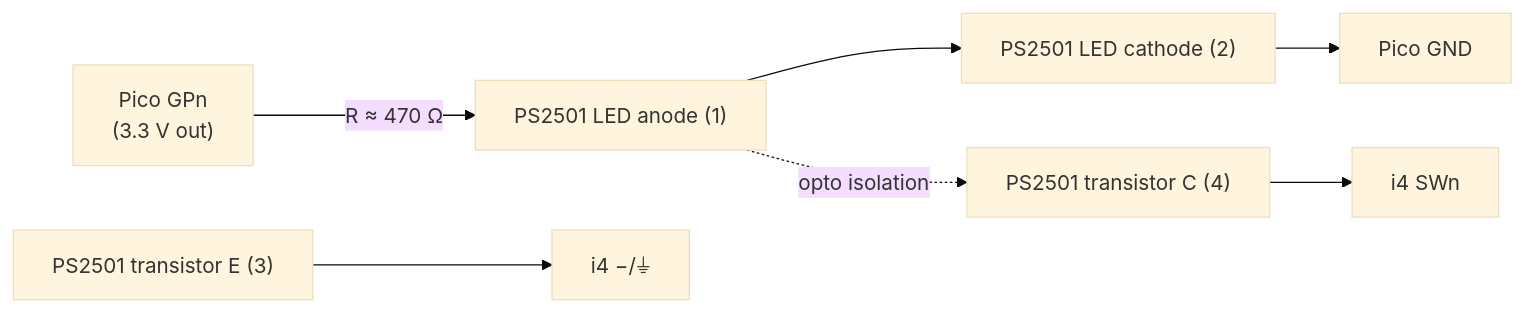
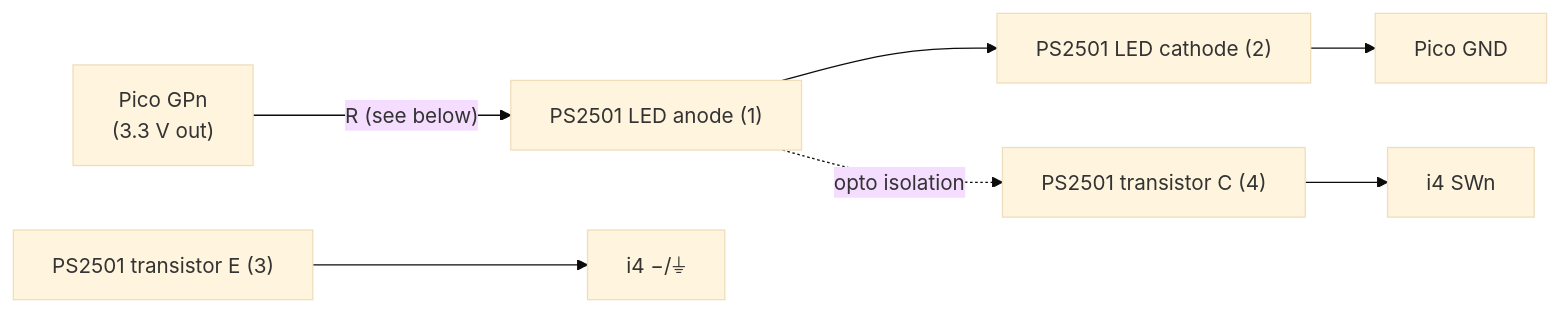
The first of 2 diagrams in docs/spec/12-test-rig-and-wiring.md (Laffs2k5/shelly-ecostar-garage-opener), drawn with Mermaid (base theme) before and after one commit. The commit also changed other lines of this file and 1 other file, not shown here.

First line of the commit message:
docs: proper test-rig schematic (SVG) + breadboard table + resistor plan

````diff
--- a/docs/spec/12-test-rig-and-wiring.md
+++ b/docs/spec/12-test-rig-and-wiring.md
@@ -46,9 +49,9 @@
 ```mermaid
 graph LR
-    GP["Pico GPn<br/>(3.3 V out)"] -->|"R ≈ 470 Ω"| A["PS2501 LED anode (1)"]
+    GP["Pico GPn<br/>(3.3 V out)"] -->|"R (see below)"| A["PS2501 LED anode (1)"]
     A --> K["PS2501 LED cathode (2)"]
     K --> PGND["Pico GND"]
     C["PS2501 transistor C (4)"] --> SWn["i4 SWn"]
     E["PS2501 transistor E (3)"] --> NEG["i4 −/⏚"]
     A -. "opto isolation" .-> C
 ```
````
